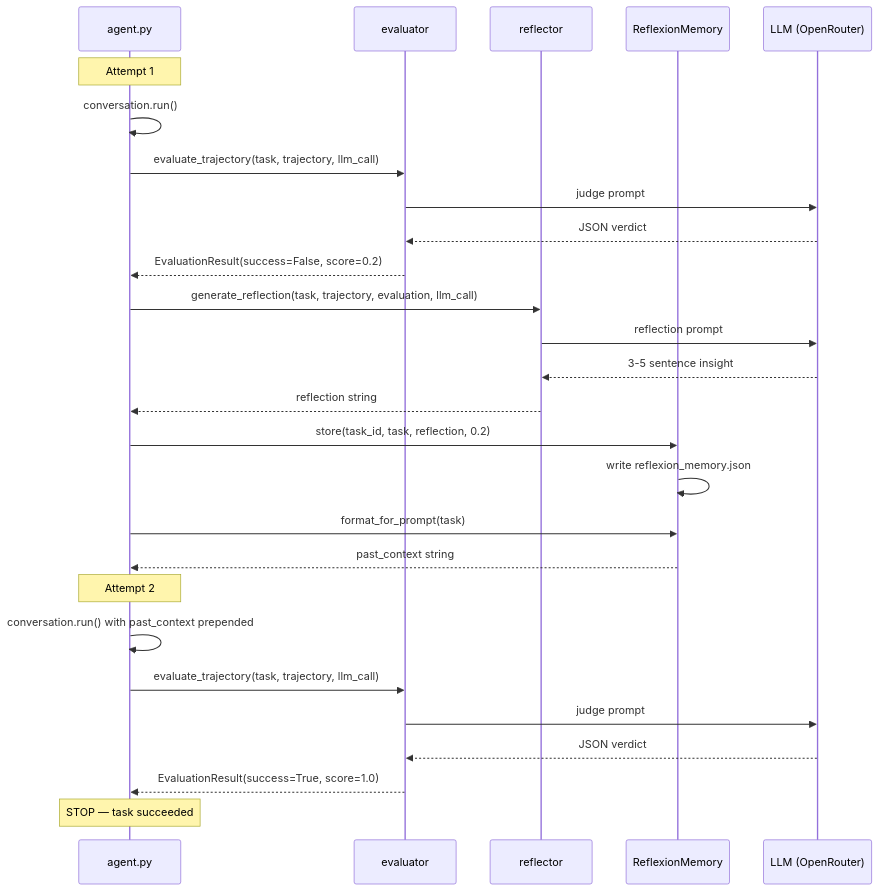
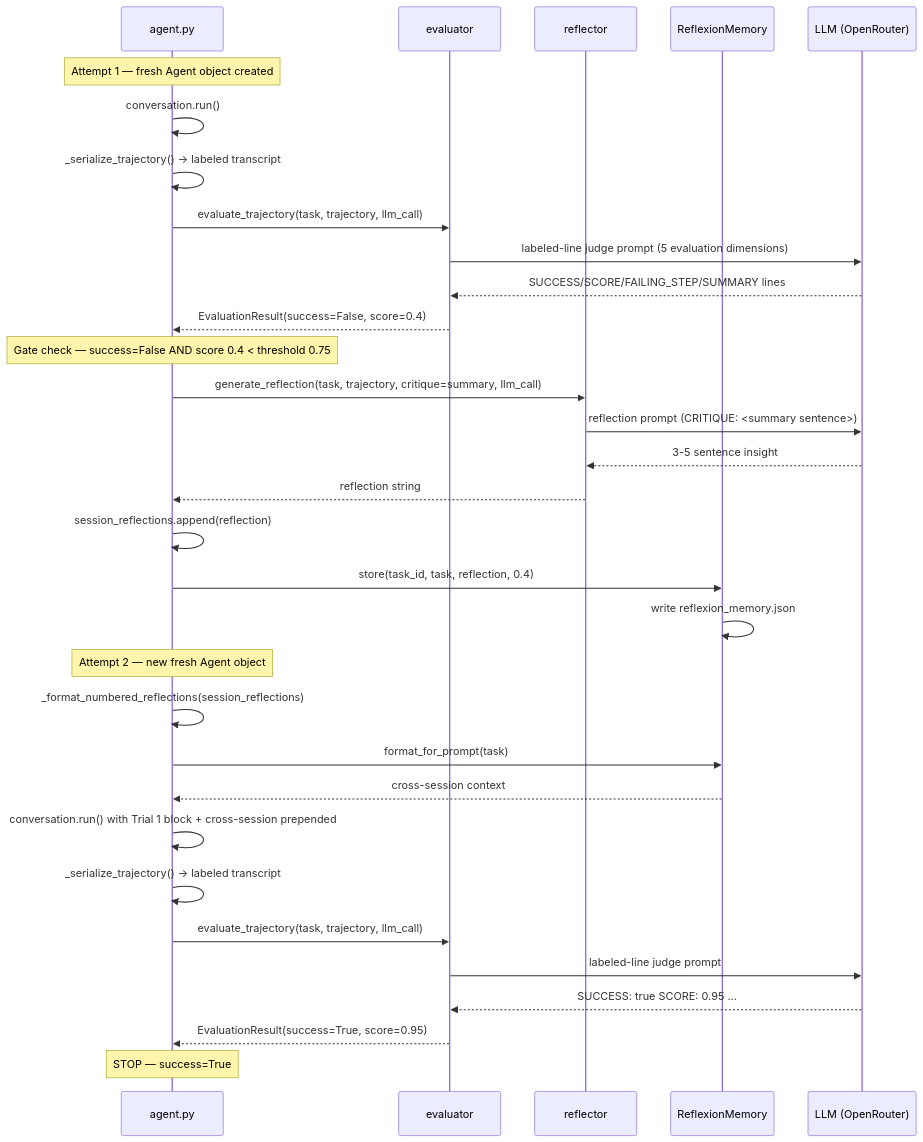
Before and after one commit to arthur900530/capstone: the second of 2 diagrams in backend/reflexion_agent/docs/data-flow.md, drawn with Mermaid. The commit also changed other lines of this file and 3 other files, not shown here.

````diff
--- a/backend/reflexion_agent/docs/data-flow.md
+++ b/backend/reflexion_agent/docs/data-flow.md
@@ -127,33 +169,38 @@
 ```mermaid
 sequenceDiagram
     participant Agent as agent.py
     participant Eval as evaluator
     participant Ref as reflector
     participant Mem as ReflexionMemory
     participant LLM as LLM (OpenRouter)
 
-    Note over Agent: Attempt 1
+    Note over Agent: Attempt 1 — fresh Agent object created
     Agent->>Agent: conversation.run()
+    Agent->>Agent: _serialize_trajectory() → labeled transcript
     Agent->>Eval: evaluate_trajectory(task, trajectory, llm_call)
-    Eval->>LLM: judge prompt
-    LLM-->>Eval: JSON verdict
-    Eval-->>Agent: EvaluationResult(success=False, score=0.2)
+    Eval->>LLM: labeled-line judge prompt (5 evaluation dimensions)
+    LLM-->>Eval: SUCCESS/SCORE/FAILING_STEP/SUMMARY lines
+    Eval-->>Agent: EvaluationResult(success=False, score=0.4)
 
-    Agent->>Ref: generate_reflection(task, trajectory, evaluation, llm_call)
-    Ref->>LLM: reflection prompt
+    Note over Agent: Gate check — success=False AND score 0.4 < threshold 0.75
+    Agent->>Ref: generate_reflection(task, trajectory, critique=summary, llm_call)
+    Ref->>LLM: reflection prompt (CRITIQUE: <summary sentence>)
     LLM-->>Ref: 3-5 sentence insight
     Ref-->>Agent: reflection string
 
-    Agent->>Mem: store(task_id, task, reflection, 0.2)
+    Agent->>Agent: session_reflections.append(reflection)
+    Agent->>Mem: store(task_id, task, reflection, 0.4)
     Mem->>Mem: write reflexion_memory.json
+
+    Note over Agent: Attempt 2 — new fresh Agent object
+    Agent->>Agent: _format_numbered_reflections(session_reflections)
     Agent->>Mem: format_for_prompt(task)
-    Mem-->>Agent: past_context string
-
-    Note over Agent: Attempt 2
-    Agent->>Agent: conversation.run() with past_context prepended
+    Mem-->>Agent: cross-session context
+    Agent->>Agent: conversation.run() with Trial 1 block + cross-session prepended
+    Agent->>Agent: _serialize_trajectory() → labeled transcript
     Agent->>Eval: evaluate_trajectory(task, trajectory, llm_call)
-    Eval->>LLM: judge prompt
-    LLM-->>Eval: JSON verdict
-    Eval-->>Agent: EvaluationResult(success=True, score=1.0)
-    Note over Agent: STOP — task succeeded
+    Eval->>LLM: labeled-line judge prompt
+    LLM-->>Eval: SUCCESS: true SCORE: 0.95 ...
+    Eval-->>Agent: EvaluationResult(success=True, score=0.95)
+    Note over Agent: STOP — success=True
 ```
````
